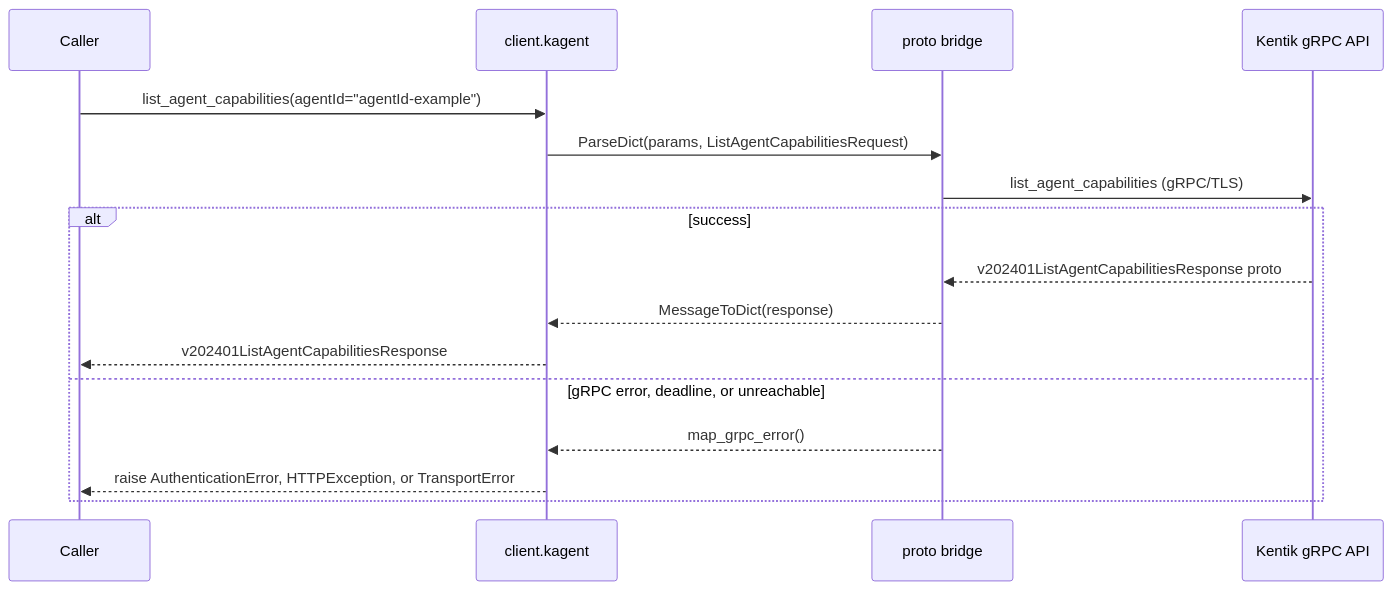
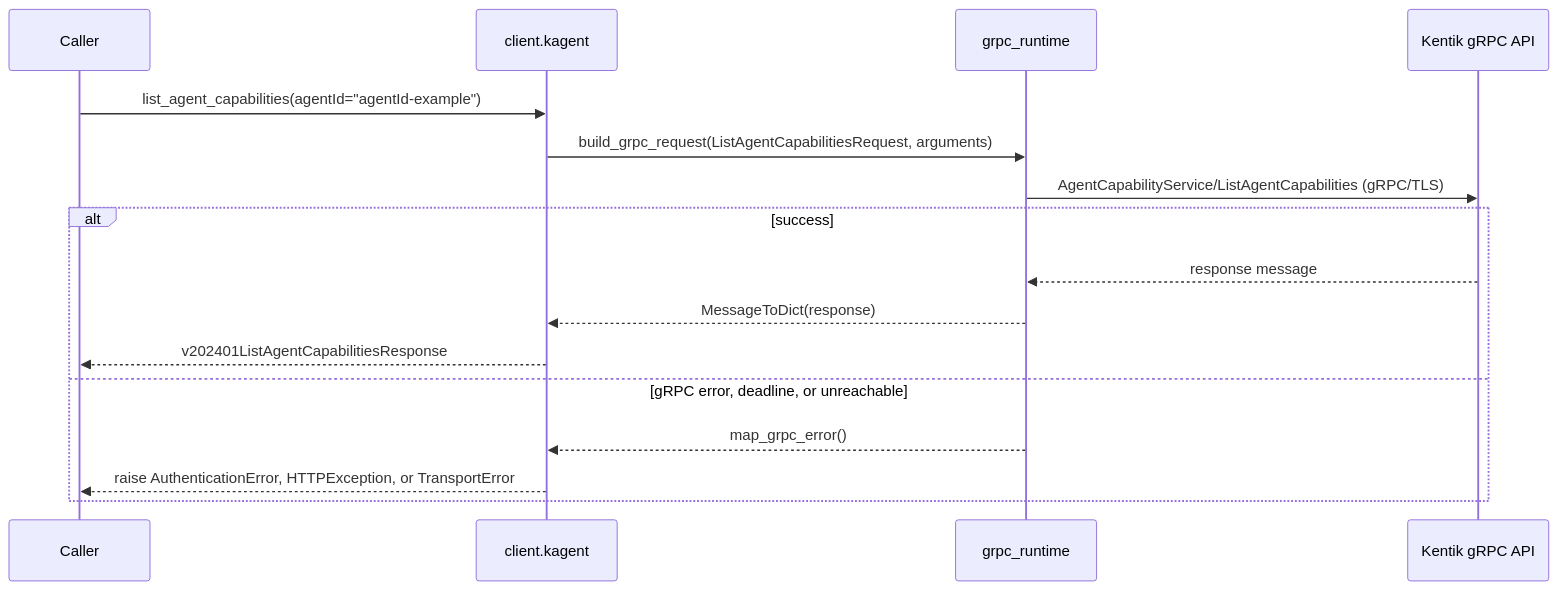
Before and after one commit to alexdearaujo/community_sdk_python: diagram 17 of 58 in docs/sphinx/services/kagent.md, drawn with Mermaid. The commit also changed other lines of this file and 37 other files, not shown here.

First line of the commit message:
docs: show the real RPC in each service page's gRPC diagram

````diff
--- a/docs/sphinx/services/kagent.md
+++ b/docs/sphinx/services/kagent.md
@@ -599,19 +599,19 @@
 ```mermaid
 sequenceDiagram
     participant C as Caller
     participant W as client.kagent
-    participant B as proto bridge
+    participant R as grpc_runtime
     participant API as Kentik gRPC API
 
     C->>W: list_agent_capabilities(agentId="agentId-example")
-    W->>B: ParseDict(params, ListAgentCapabilitiesRequest)
-    B->>API: list_agent_capabilities (gRPC/TLS)
+    W->>R: build_grpc_request(ListAgentCapabilitiesRequest, arguments)
+    R->>API: AgentCapabilityService/ListAgentCapabilities (gRPC/TLS)
     alt success
-        API-->>B: v202401ListAgentCapabilitiesResponse proto
-        B-->>W: MessageToDict(response)
+        API-->>R: response message
+        R-->>W: MessageToDict(response)
         W-->>C: v202401ListAgentCapabilitiesResponse
     else gRPC error, deadline, or unreachable
-        B-->>W: map_grpc_error()
+        R-->>W: map_grpc_error()
         W-->>C: raise AuthenticationError, HTTPException, or TransportError
     end
 ```
````
